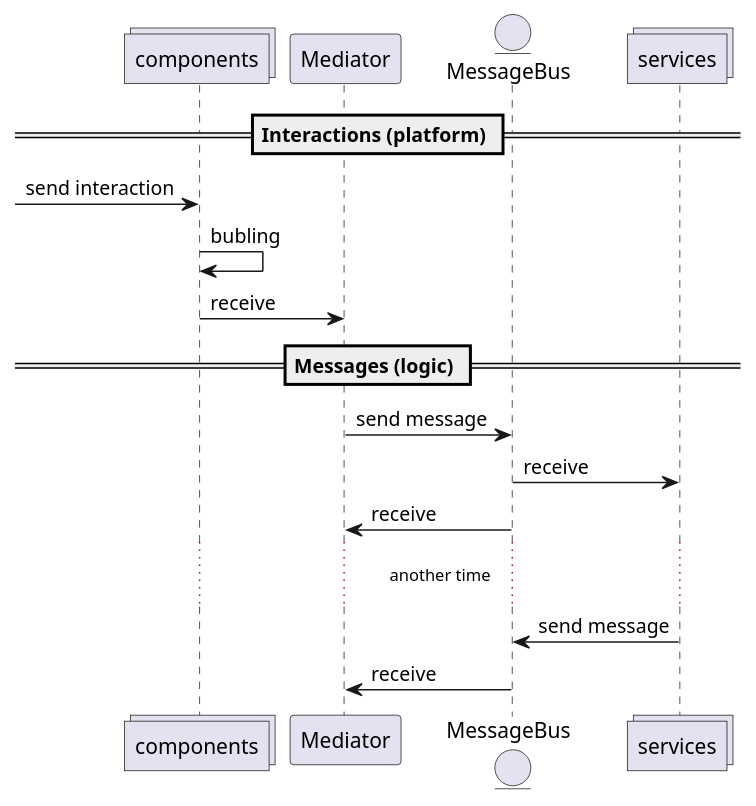
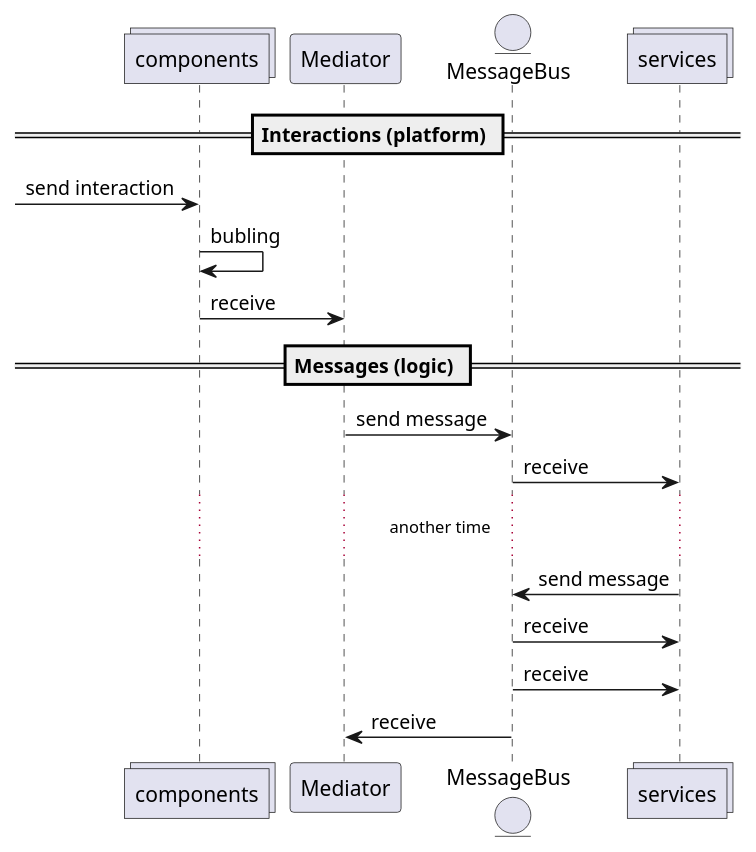
The second of 6 diagrams in docs/diagrams.puml (akobr/blazor.widgetised), drawn with PlantUML before and after one commit. The commit also changed other lines of this file and 4 other files, not shown here.

```diff
--- a/docs/diagrams.puml
+++ b/docs/diagrams.puml
@@ -87,25 +102,26 @@
 @startuml messaging
 
 collections components order 1
 participant Mediator order 2
 entity MessageBus order 3
 collections services order 4
 
 == Interactions (platform) ==
 
 [-> components : send interaction
 components -> components : bubling
 components -> Mediator : receive
 
 == Messages (logic) ==
 
 Mediator -> MessageBus : send message
 MessageBus -> services : receive
-MessageBus -> Mediator : receive
 
 ...another time...
 
 services -> MessageBus : send message
+MessageBus -> services : receive
+MessageBus -> services : receive
 MessageBus -> Mediator : receive
 
 @enduml
```
